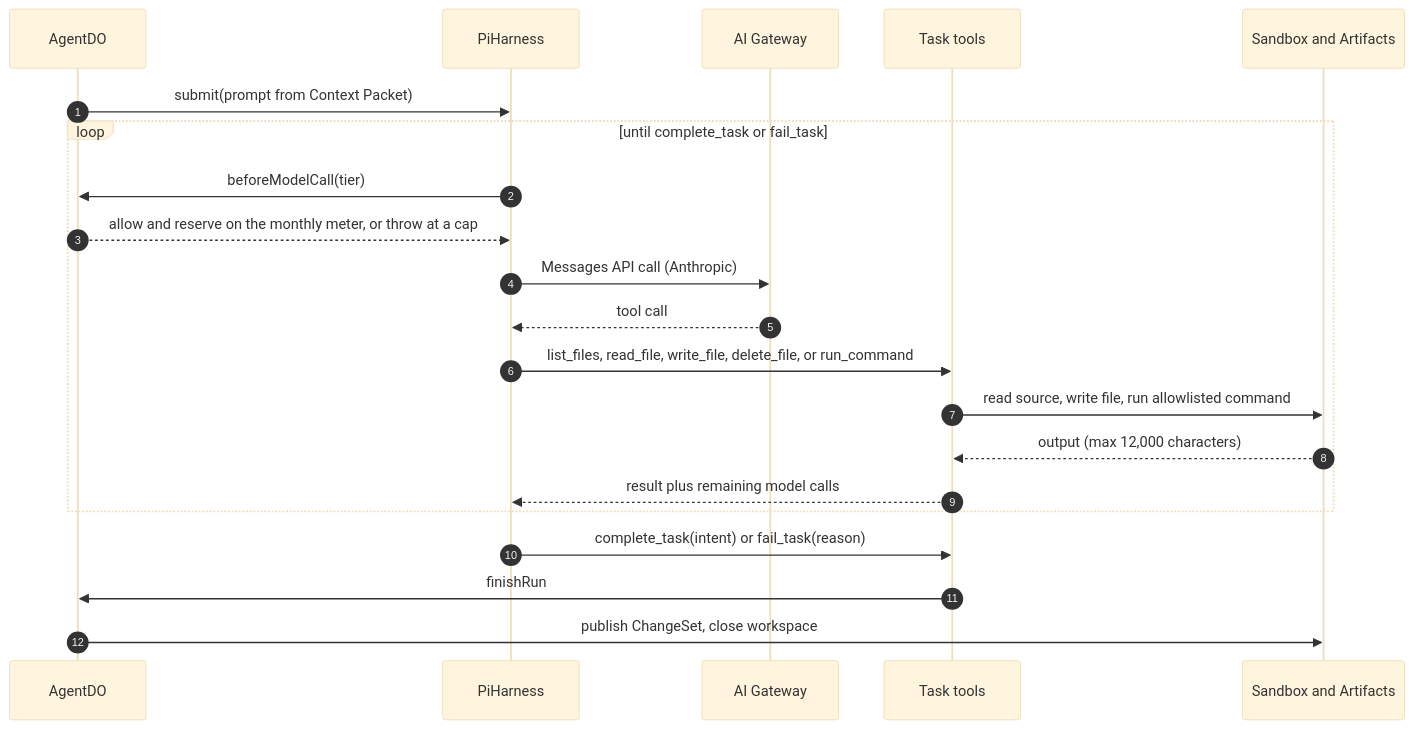
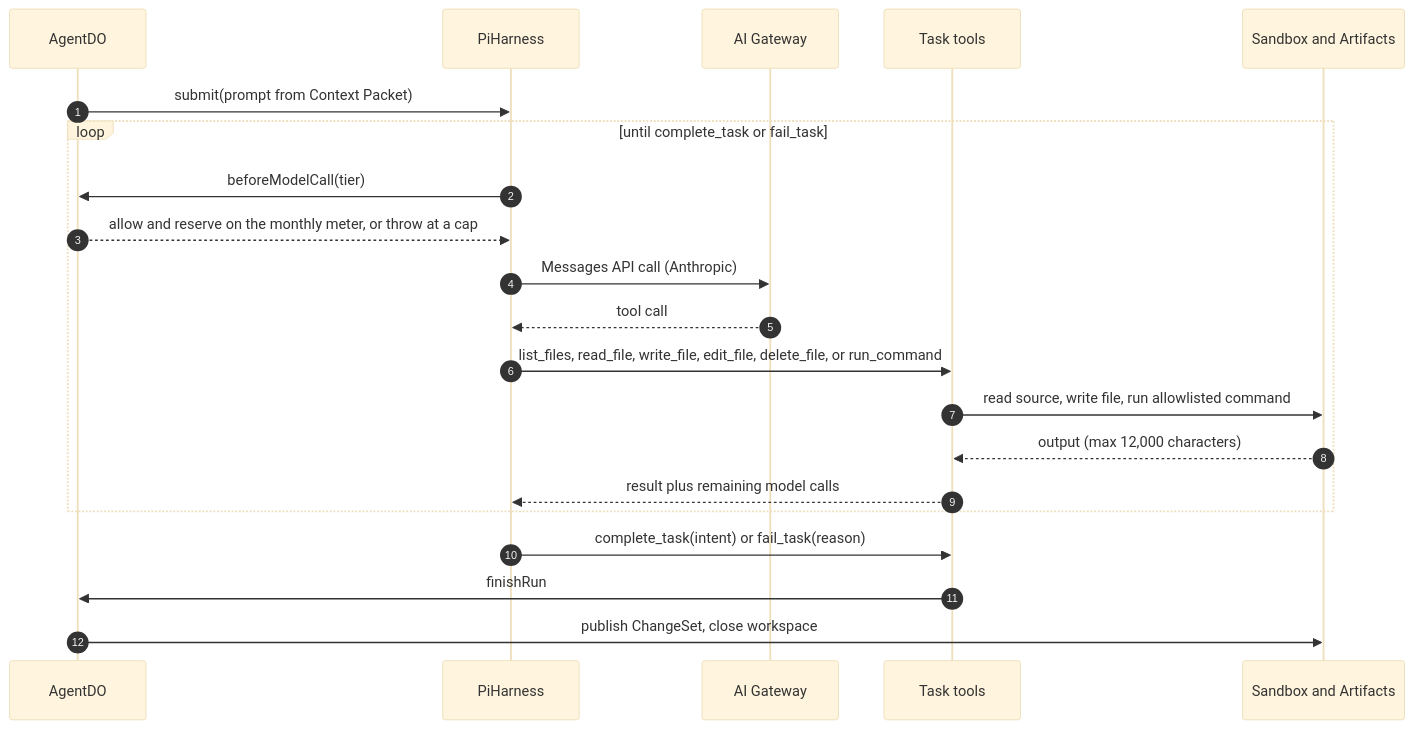
The second of 7 diagrams in docs/architecture/agents-and-models.md (nsudhanva/rhumbatron), drawn with Mermaid (base theme) before and after one commit. The commit also changed other lines of this file and 7 other files, not shown here.

````diff
--- a/docs/architecture/agents-and-models.md
+++ b/docs/architecture/agents-and-models.md
@@ -65,24 +65,24 @@
 ```mermaid
 sequenceDiagram
   autonumber
   participant A as AgentDO
   participant Pi as PiHarness
   participant GW as AI Gateway
   participant T as Task tools
   participant SBX as Sandbox and Artifacts
 
   A->>Pi: submit(prompt from Context Packet)
   loop until complete_task or fail_task
     Pi->>A: beforeModelCall(tier)
     A-->>Pi: allow and reserve on the monthly meter, or throw at a cap
     Pi->>GW: Messages API call (Anthropic)
     GW-->>Pi: tool call
-    Pi->>T: list_files, read_file, write_file, delete_file, or run_command
+    Pi->>T: list_files, read_file, write_file, edit_file, delete_file, or run_command
     T->>SBX: read source, write file, run allowlisted command
     SBX-->>T: output (max 12,000 characters)
     T-->>Pi: result plus remaining model calls
   end
   Pi->>T: complete_task(intent) or fail_task(reason)
   T->>A: finishRun
   A->>SBX: publish ChangeSet, close workspace
 ```
````
